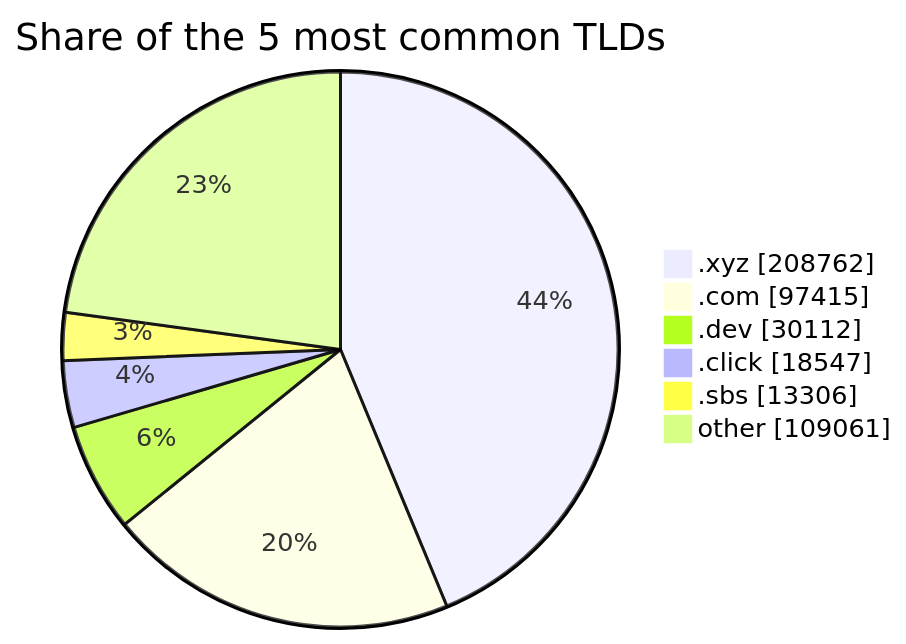
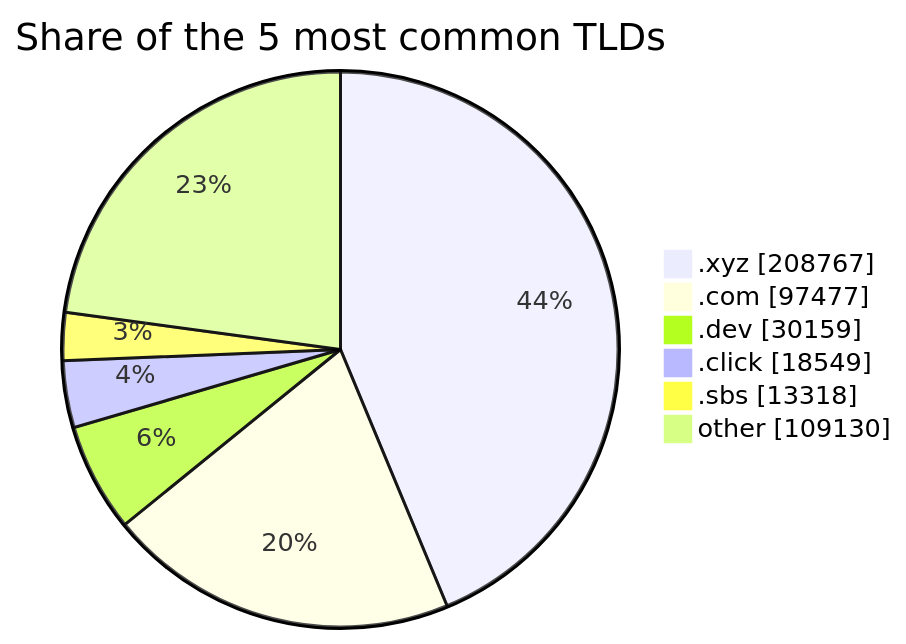
The third of 3 diagrams in README.md (DNSBunker/CTI), drawn with Mermaid before and after one commit. The commit also changed other lines of this file and 3 other files, not shown here.

````diff
--- a/README.md
+++ b/README.md
@@ -81,9 +81,9 @@
 ```mermaid
 pie showData title Share of the 5 most common TLDs
-    ".xyz" : 208762
-    ".com" : 97415
-    ".dev" : 30112
-    ".click" : 18547
-    ".sbs" : 13306
-    "other" : 109061
+    ".xyz" : 208767
+    ".com" : 97477
+    ".dev" : 30159
+    ".click" : 18549
+    ".sbs" : 13318
+    "other" : 109130
 ```
````
